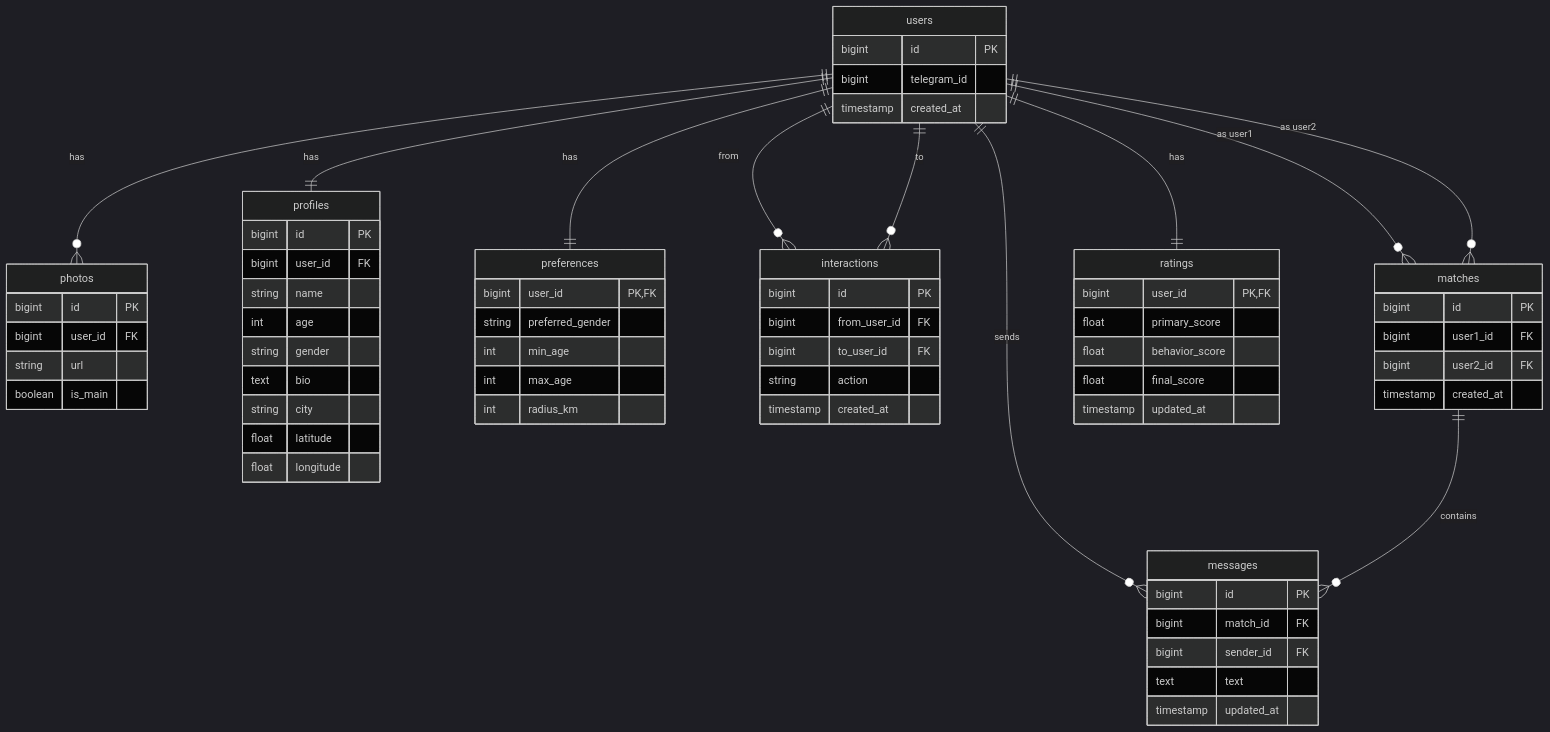
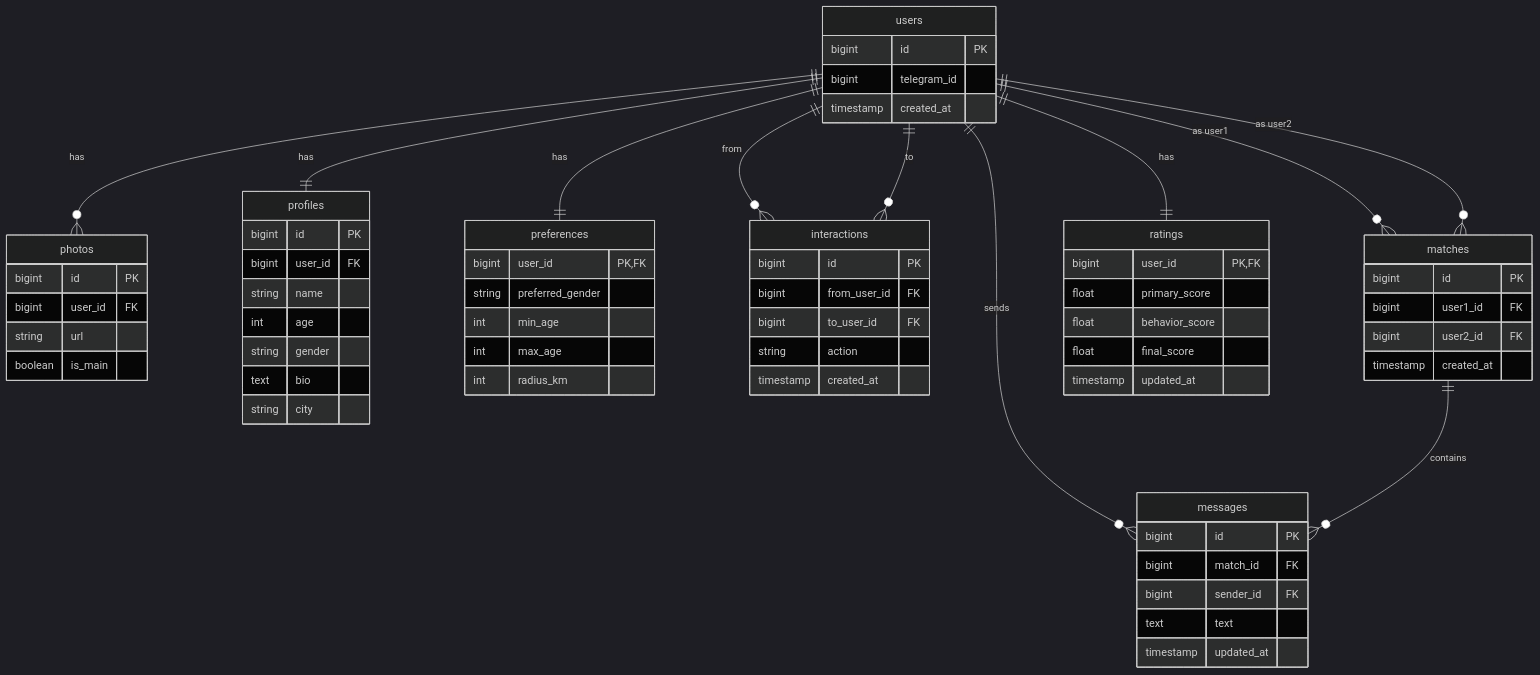
One commit to aartemmmm/SoftwareDevelopment changed the diagram in datingchat/forpeep.md. Above: the diagram before and after it, drawn with Mermaid (dark theme). The commit also changed other lines of this file and 3 other files, not shown here.

````diff
--- a/datingchat/forpeep.md
+++ b/datingchat/forpeep.md
@@ -108,77 +108,75 @@
 ```mermaid
     erDiagram
         users {
             bigint id PK
             bigint telegram_id
             timestamp created_at
         }
 
         photos {
             bigint id PK
             bigint user_id FK
             string url
             boolean is_main
         }
 
         profiles {
             bigint id PK
             bigint user_id FK
             string name
             int age
             string gender
             text bio
             string city
-            float latitude
-            float longitude
         }
 
         preferences {
             bigint user_id PK,FK
             string preferred_gender
             int min_age
             int max_age
             int radius_km
         }
 
         interactions {
             bigint id PK
             bigint from_user_id FK
             bigint to_user_id FK
             string action
             timestamp created_at
         }
 
         matches {
             bigint id PK
             bigint user1_id FK
             bigint user2_id FK
             timestamp created_at
         }
 
         messages {
             bigint id PK
             bigint match_id FK
             bigint sender_id FK
             text text
             timestamp updated_at
         }
 
         ratings {
             bigint user_id PK,FK
             float primary_score
             float behavior_score
             float final_score
             timestamp updated_at
         }
 
         users ||--o{ photos : "has"
         users ||--|| profiles : "has"
         users ||--|| preferences : "has"
         users ||--o{ interactions : "from"
         users ||--o{ interactions : "to"
         users ||--o{ matches : "as user1"
         users ||--o{ matches : "as user2"
         users ||--o{ messages : "sends"
         users ||--|| ratings : "has"
         matches ||--o{ messages : "contains"
 ```
````
